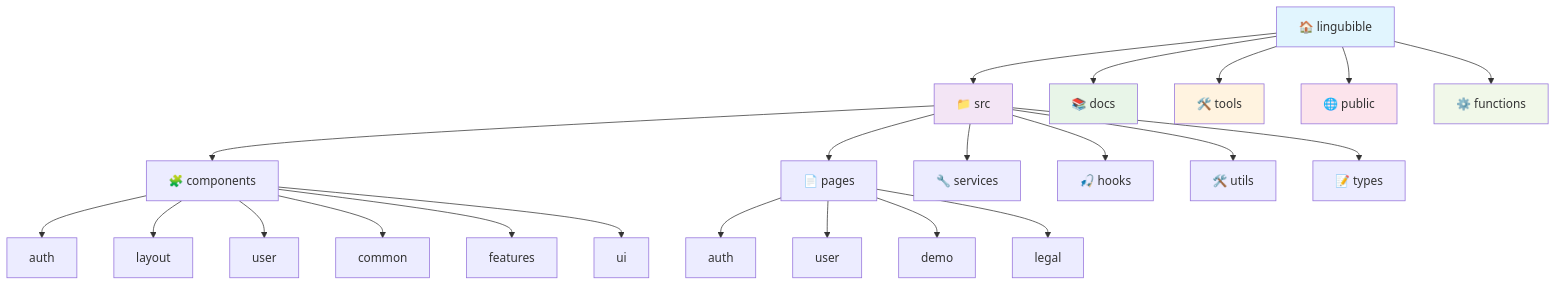
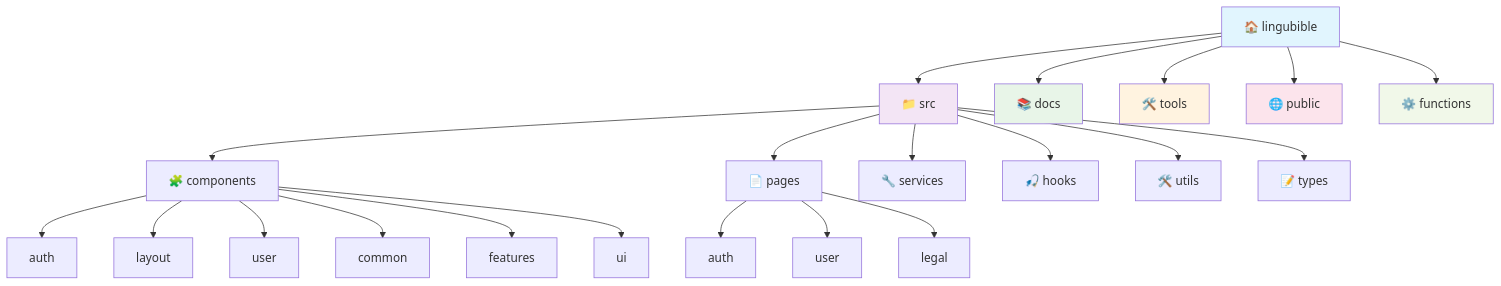
Before and after one commit to ansonlo-dev/LingUBible: the second of 2 diagrams in README.md, drawn with Mermaid. The commit also changed other lines of this file, not shown here.

````diff
--- a/README.md
+++ b/README.md
@@ -169,34 +141,33 @@
 ```mermaid
 graph TD
     A[🏠 lingubible] --> B[📁 src]
     A --> C[📚 docs]
     A --> D[🛠️ tools]
     A --> E[🌐 public]
     A --> F[⚙️ functions]
     
     B --> B1[🧩 components]
     B --> B2[📄 pages]
     B --> B3[🔧 services]
     B --> B4[🎣 hooks]
     B --> B5[🛠️ utils]
     B --> B6[📝 types]
     
     B1 --> B1A[auth]
     B1 --> B1B[layout]
     B1 --> B1C[user]
     B1 --> B1D[common]
     B1 --> B1E[features]
     B1 --> B1F[ui]
     
     B2 --> B2A[auth]
     B2 --> B2B[user]
-    B2 --> B2C[demo]
     B2 --> B2D[legal]
     
     style A fill:#e1f5fe
     style B fill:#f3e5f5
     style C fill:#e8f5e8
     style D fill:#fff3e0
     style E fill:#fce4ec
     style F fill:#f1f8e9
 ```
````
